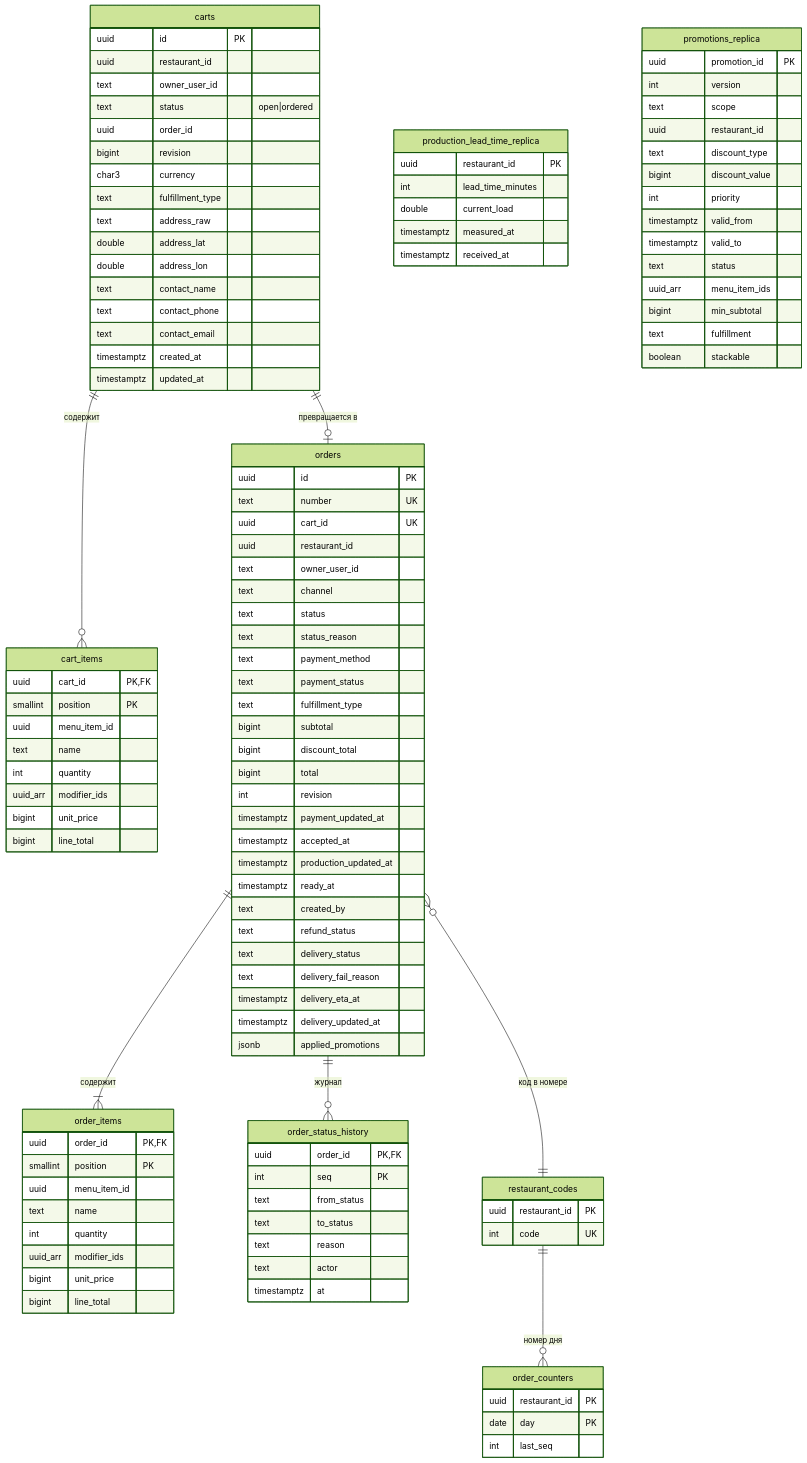
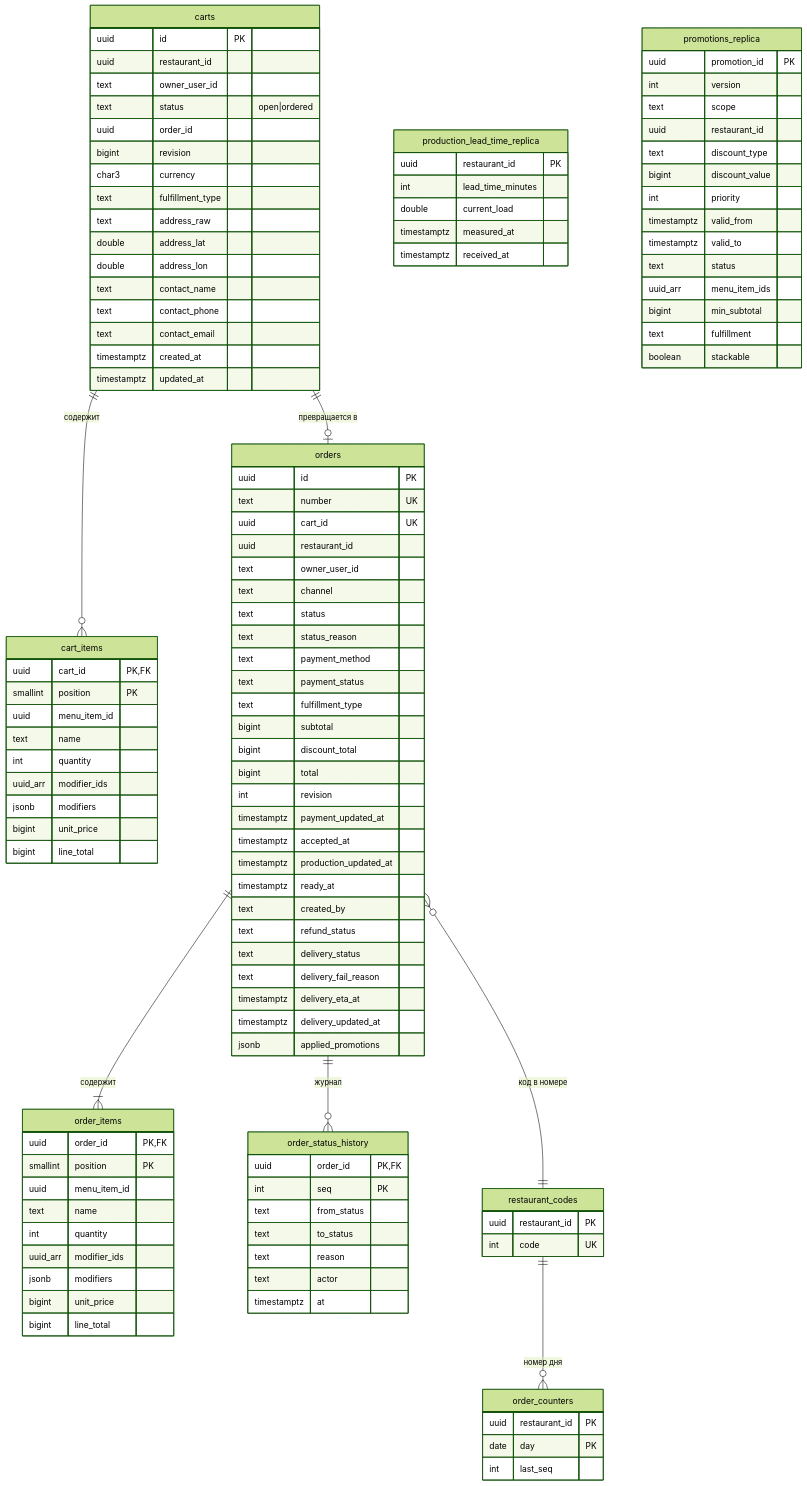
One commit to pavelgr1408/food-platform changed the fourth of 4 diagrams in docs/services/orders.md. Above: the diagram before and after it, drawn with Mermaid (forest theme). The commit also changed other lines of this file and 3 other files, not shown here.

```diff
--- a/docs/services/orders.md
+++ b/docs/services/orders.md
@@ -412,6 +414,7 @@
     text name
     int quantity
     uuid_arr modifier_ids
+    jsonb modifiers
     bigint unit_price
     bigint line_total
   }
@@ -450,6 +453,7 @@
     text name
     int quantity
     uuid_arr modifier_ids
+    jsonb modifiers
     bigint unit_price
     bigint line_total
   }
```
